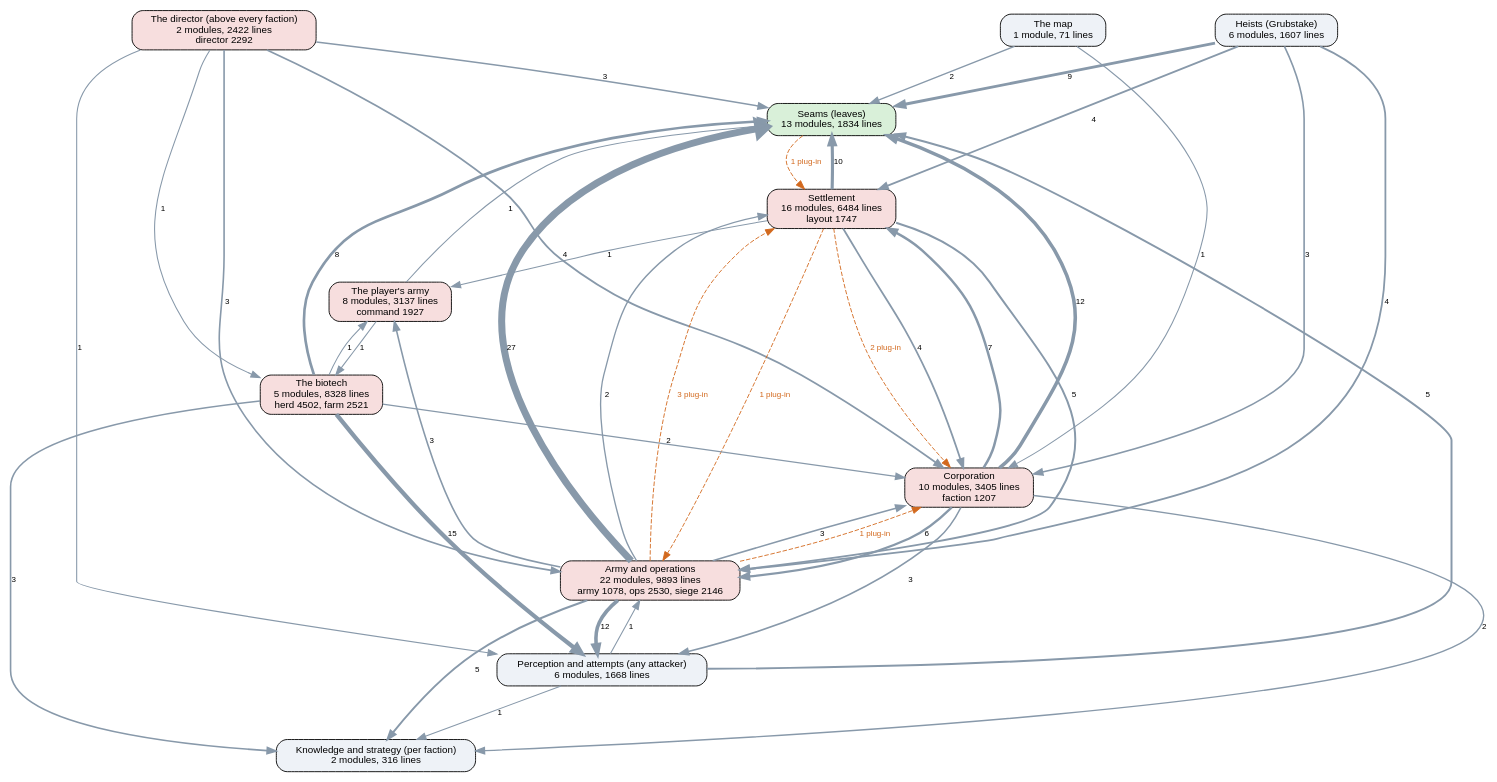
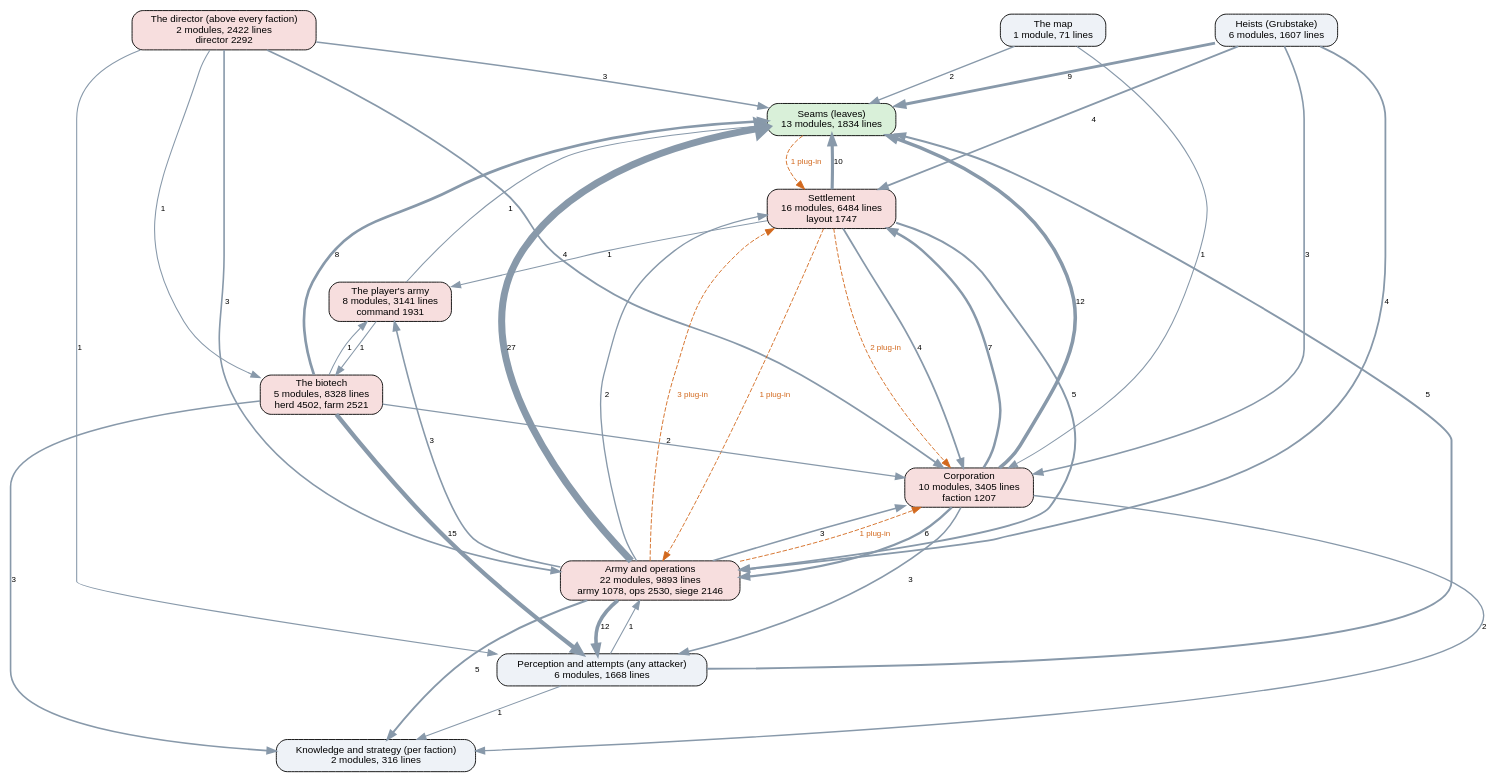
The diagram in docs/ai-layers.dot (kinelhu/landing-party), drawn with Graphviz before and after one commit. The commit also changed 16 other files, not shown here.

```diff
--- a/docs/ai-layers.dot
+++ b/docs/ai-layers.dot
@@ -1,57 +1,57 @@
 digraph layers {
   graph [rankdir=TB, fontname="Helvetica", nodesep=0.5, ranksep=0.7];
   node [shape=box, style="rounded,filled", fontname="Helvetica", fontsize=11, fillcolor="#eef2f7"];
   edge [color="#8899aa", fontname="Helvetica", fontsize=9];
   "Seams (leaves)" [label="Seams (leaves)\n13 modules, 1834 lines", fillcolor="#d9f0d9"];
   "Perception and attempts (any attacker)" [label="Perception and attempts (any attacker)\n6 modules, 1668 lines", fillcolor="#eef2f7"];
   "Knowledge and strategy (per faction)" [label="Knowledge and strategy (per faction)\n2 modules, 316 lines", fillcolor="#eef2f7"];
   "The director (above every faction)" [label="The director (above every faction)\n2 modules, 2422 lines\ndirector 2292", fillcolor="#f7dede"];
   "Corporation" [label="Corporation\n10 modules, 3405 lines\nfaction 1207", fillcolor="#f7dede"];
   "Settlement" [label="Settlement\n16 modules, 6484 lines\nlayout 1747", fillcolor="#f7dede"];
   "Army and operations" [label="Army and operations\n22 modules, 9893 lines\narmy 1078, ops 2530, siege 2146", fillcolor="#f7dede"];
   "Heists (Grubstake)" [label="Heists (Grubstake)\n6 modules, 1607 lines", fillcolor="#eef2f7"];
   "The biotech" [label="The biotech\n5 modules, 8328 lines\nherd 4502, farm 2521", fillcolor="#f7dede"];
   "The map" [label="The map\n1 module, 71 lines", fillcolor="#eef2f7"];
-  "The player's army" [label="The player's army\n8 modules, 3137 lines\ncommand 1927", fillcolor="#f7dede"];
+  "The player's army" [label="The player's army\n8 modules, 3141 lines\ncommand 1931", fillcolor="#f7dede"];
   "Army and operations" -> "Corporation" [label="3", penwidth=1.8];
   "Army and operations" -> "Knowledge and strategy (per faction)" [label="5", penwidth=2.2];
   "Army and operations" -> "Perception and attempts (any attacker)" [label="12", penwidth=4.0];
   "Army and operations" -> "Seams (leaves)" [label="27", penwidth=7.8];
   "Army and operations" -> "Settlement" [label="2", penwidth=1.5];
   "Army and operations" -> "The player's army" [label="3", penwidth=1.8];
   "Corporation" -> "Army and operations" [label="6", penwidth=2.5];
   "Corporation" -> "Knowledge and strategy (per faction)" [label="2", penwidth=1.5];
   "Corporation" -> "Perception and attempts (any attacker)" [label="3", penwidth=1.8];
   "Corporation" -> "Seams (leaves)" [label="12", penwidth=4.0];
   "Corporation" -> "Settlement" [label="7", penwidth=2.8];
   "Heists (Grubstake)" -> "Army and operations" [label="4", penwidth=2.0];
   "Heists (Grubstake)" -> "Corporation" [label="3", penwidth=1.8];
   "Heists (Grubstake)" -> "Seams (leaves)" [label="9", penwidth=3.2];
   "Heists (Grubstake)" -> "Settlement" [label="4", penwidth=2.0];
   "Perception and attempts (any attacker)" -> "Army and operations" [label="1", penwidth=1.2];
   "Perception and attempts (any attacker)" -> "Knowledge and strategy (per faction)" [label="1", penwidth=1.2];
   "Perception and attempts (any attacker)" -> "Seams (leaves)" [label="5", penwidth=2.2];
   "Settlement" -> "Army and operations" [label="5", penwidth=2.2];
   "Settlement" -> "Corporation" [label="4", penwidth=2.0];
   "Settlement" -> "Seams (leaves)" [label="10", penwidth=3.5];
   "Settlement" -> "The player's army" [label="1", penwidth=1.2];
   "The biotech" -> "Corporation" [label="2", penwidth=1.5];
   "The biotech" -> "Knowledge and strategy (per faction)" [label="3", penwidth=1.8];
   "The biotech" -> "Perception and attempts (any attacker)" [label="15", penwidth=4.8];
   "The biotech" -> "Seams (leaves)" [label="8", penwidth=3.0];
   "The biotech" -> "The player's army" [label="1", penwidth=1.2];
   "The director (above every faction)" -> "Army and operations" [label="3", penwidth=1.8];
   "The director (above every faction)" -> "Corporation" [label="4", penwidth=2.0];
   "The director (above every faction)" -> "Perception and attempts (any attacker)" [label="1", penwidth=1.2];
   "The director (above every faction)" -> "Seams (leaves)" [label="3", penwidth=1.8];
   "The director (above every faction)" -> "The biotech" [label="1", penwidth=1.2];
   "The map" -> "Corporation" [label="1", penwidth=1.2];
   "The map" -> "Seams (leaves)" [label="2", penwidth=1.5];
   "The player's army" -> "Seams (leaves)" [label="1", penwidth=1.2];
   "The player's army" -> "The biotech" [label="1", penwidth=1.2];
   "Army and operations" -> "Corporation" [style=dashed, color="#d2691e", fontcolor="#d2691e", label="1 plug-in"];
   "Army and operations" -> "Settlement" [style=dashed, color="#d2691e", fontcolor="#d2691e", label="3 plug-in"];
   "Seams (leaves)" -> "Settlement" [style=dashed, color="#d2691e", fontcolor="#d2691e", label="1 plug-in"];
   "Settlement" -> "Army and operations" [style=dashed, color="#d2691e", fontcolor="#d2691e", label="1 plug-in"];
   "Settlement" -> "Corporation" [style=dashed, color="#d2691e", fontcolor="#d2691e", label="2 plug-in"];
 }
```
